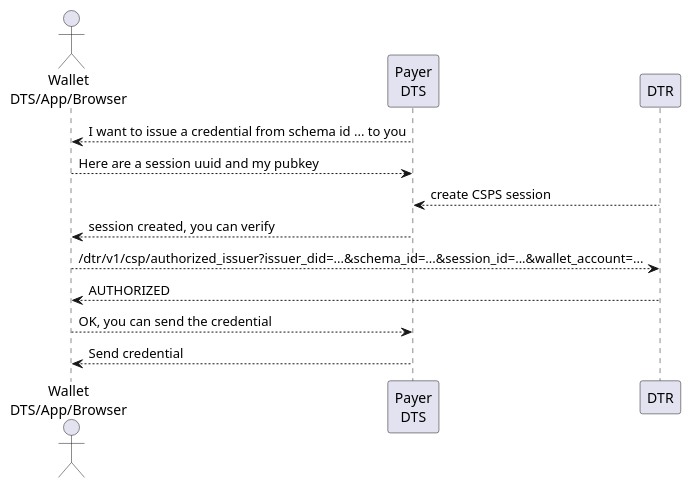
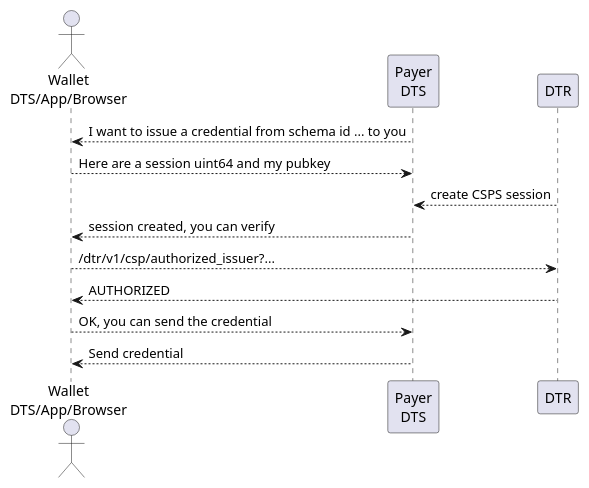
The seventh of 12 diagrams in spec.md (verana-labs/verifiable-trust-vpr-spec), drawn with PlantUML before and after one commit. The commit also changed other lines of this file and 1 other file, not shown here.

Commit message:
- switched to uint64 for most IDs - kept UUID for CSPS as ID must be generated by user agent

````diff
--- a/spec.md
+++ b/spec.md
@@ -1911,17 +1842,17 @@
 ```plantuml
 scale max 800 width
 actor "Wallet\nDTS/App/Browser" as Issued 
 participant "Payer\nDTS" as Issuer 
 participant "DTR" as dtr 
 
 
 Issued <-- Issuer: I want to issue a credential from schema id ... to you
-Issued --> Issuer: Here are a session uuid and my pubkey
+Issued --> Issuer: Here are a session uint64 and my pubkey
 Issuer <-- dtr: create CSPS session
 Issued <-- Issuer: session created, you can verify
-Issued --> dtr: /dtr/v1/csp/authorized_issuer?issuer_did=...&schema_id=...&session_id=...&wallet_account=...
+Issued --> dtr: /dtr/v1/csp/authorized_issuer?...
 Issued <-- dtr: AUTHORIZED
 Issued --> Issuer: OK, you can send the credential
 Issued <-- Issuer: Send credential
 
 ```
````
